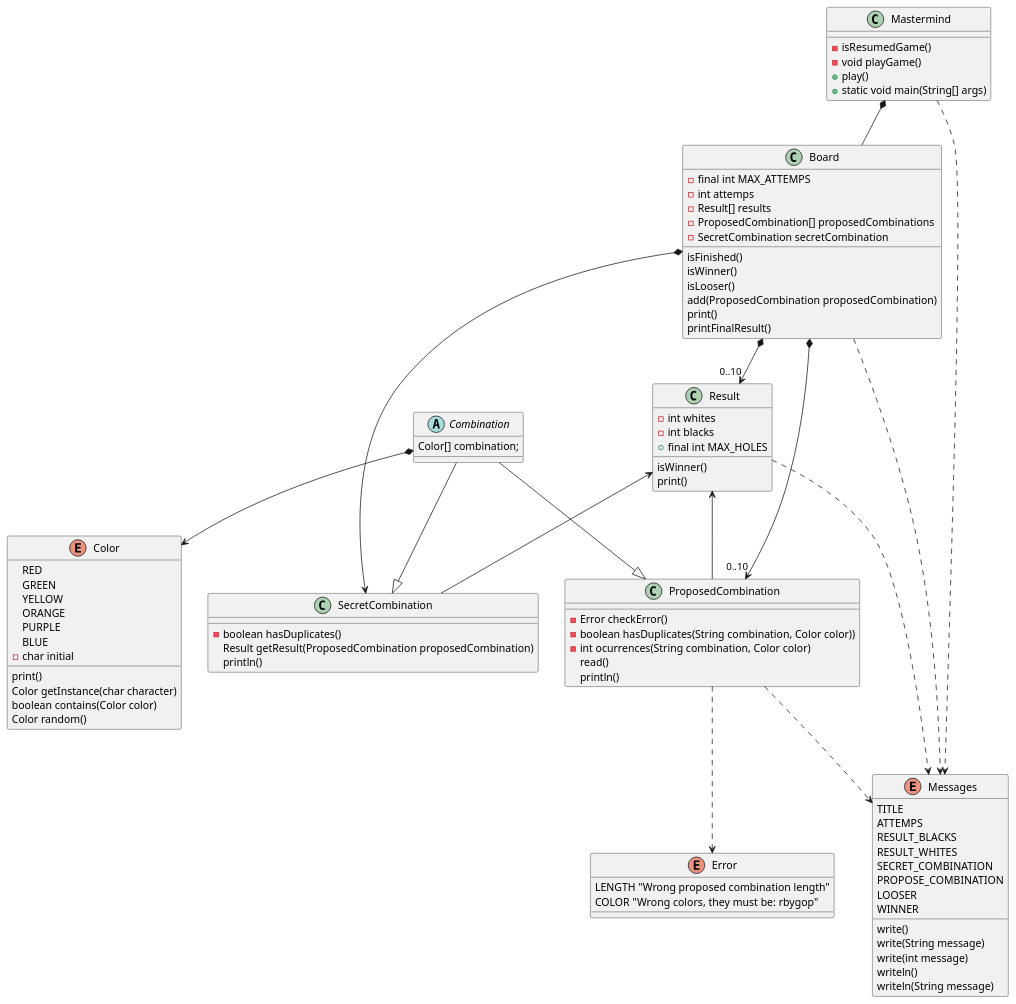
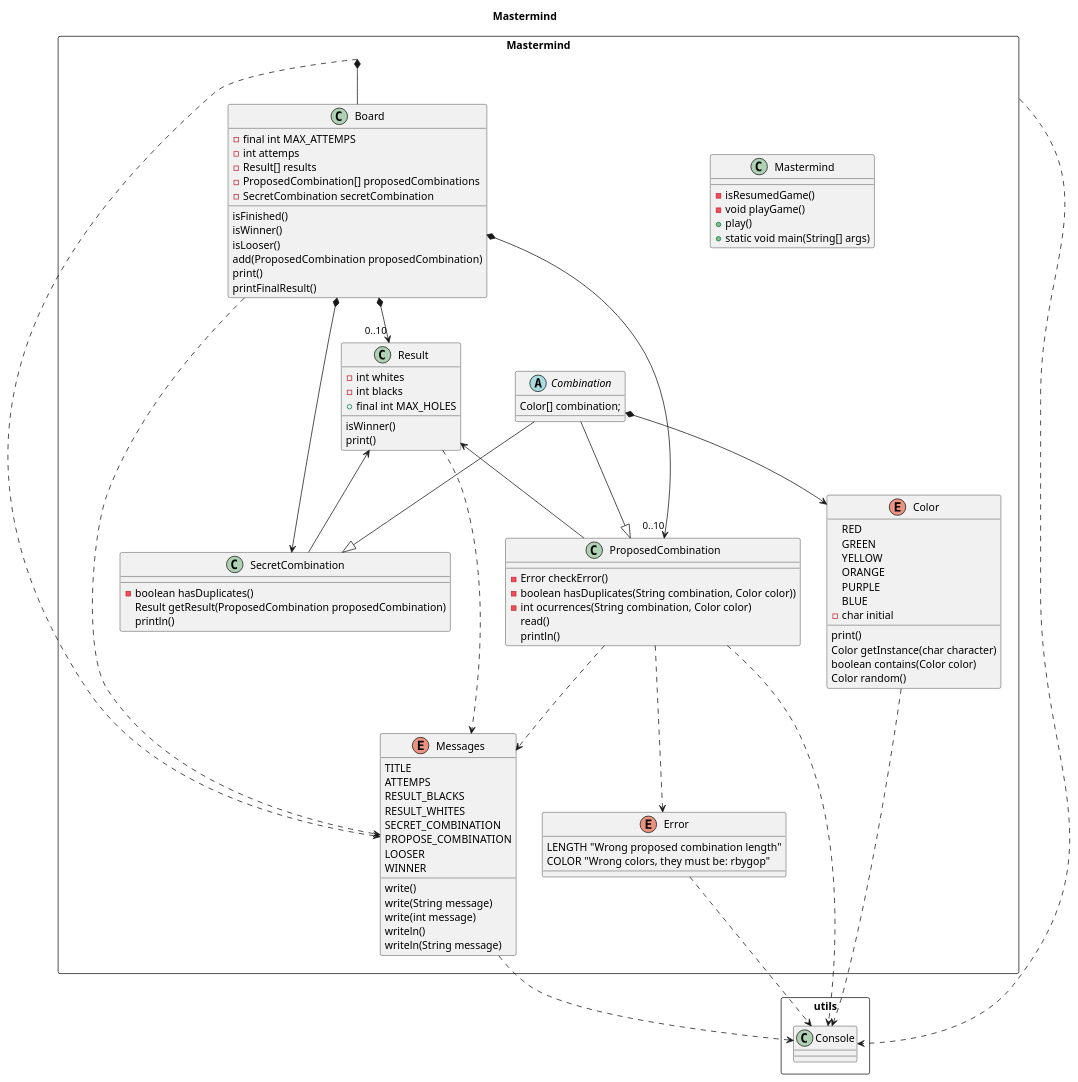
The diagram in docs/clases.puml (ivanzm/java-mastermind), drawn with PlantUML before and after one commit. The commit also changed 1 other file, not shown here.

Commit message:
Update classModel and SecretCombination console

```diff
--- a/docs/clases.puml
+++ b/docs/clases.puml
@@ -1,96 +1,111 @@
 @startuml
 
-class Mastermind {
-    - isResumedGame()
-    - void playGame()
-    + play()
-    + static void main(String[] args)
+title Mastermind
+
+package Mastermind <<Rectangle>> {
+
+    class Mastermind {
+        - isResumedGame()
+        - void playGame()
+        + play()
+        + static void main(String[] args)
+    }
+
+    class Board {
+        - final int MAX_ATTEMPS
+        - int attemps
+        - Result[] results
+        - ProposedCombination[] proposedCombinations
+        - SecretCombination secretCombination
+        isFinished()
+        isWinner()
+        isLooser()
+        add(ProposedCombination proposedCombination)
+        print()
+        printFinalResult()
+    }
+
+    abstract class Combination {
+        Color[] combination;
+    }
+
+    class SecretCombination {
+        - boolean hasDuplicates()
+        Result getResult(ProposedCombination proposedCombination)
+        println()
+    }
+
+    class ProposedCombination {
+        - Error checkError()
+        - boolean hasDuplicates(String combination, Color color))
+        - int ocurrences(String combination, Color color)
+        read()
+        println()
+    }
+    class Result {
+        - int whites
+        - int blacks
+        + final int MAX_HOLES
+        isWinner()
+        print()
+    }
+    enum Messages{
+        TITLE
+        ATTEMPS
+        RESULT_BLACKS
+        RESULT_WHITES
+        SECRET_COMBINATION
+        PROPOSE_COMBINATION
+        LOOSER
+        WINNER
+        write()
+        write(String message)
+        write(int message)
+        writeln()
+        writeln(String message)
+    }
+    enum Color {
+        RED
+        GREEN
+        YELLOW
+        ORANGE
+        PURPLE
+        BLUE
+        - char initial
+        print()
+        Color getInstance(char character)
+        boolean contains(Color color)
+        Color random()
+    }
+    enum Error {
+        LENGTH "Wrong proposed combination length"
+        COLOR "Wrong colors, they must be: rbygop"
+    }
 }
 
-class Board {
-    - final int MAX_ATTEMPS
-    - int attemps
-    - Result[] results
-    - ProposedCombination[] proposedCombinations
-    - SecretCombination secretCombination
-    isFinished()
-    isWinner()
-    isLooser()
-    add(ProposedCombination proposedCombination)
-    print()
-    printFinalResult()
-}
-
-abstract class Combination {
-    Color[] combination;
-}
-
-class SecretCombination {
-    - boolean hasDuplicates()
-    Result getResult(ProposedCombination proposedCombination)
-    println()
-}
-
-class ProposedCombination {
-    - Error checkError()
-    - boolean hasDuplicates(String combination, Color color))
-    - int ocurrences(String combination, Color color)
-    read()
-    println()
-}
-class Result {
-    - int whites
-    - int blacks
-    + final int MAX_HOLES
-    isWinner()
-    print()
-}
-enum Messages{
-    TITLE
-    ATTEMPS
-    RESULT_BLACKS
-    RESULT_WHITES
-    SECRET_COMBINATION
-    PROPOSE_COMBINATION
-    LOOSER
-    WINNER
-    write()
-    write(String message)
-    write(int message)
-    writeln()
-    writeln(String message)
-}
-enum Color {
-    RED
-    GREEN
-    YELLOW
-    ORANGE
-    PURPLE
-    BLUE
-    - char initial
-    print()
-    Color getInstance(char character)
-    boolean contains(Color color)
-    Color random()
-}
-enum Error {
-    LENGTH "Wrong proposed combination length"
-    COLOR "Wrong colors, they must be: rbygop"
+package utils <<Rectangle>> {
+    class Console
 }
 
 Mastermind *-- Board
 Board *--> "0..10" Result
 Board *--> "0..10" ProposedCombination
 Board *--> SecretCombination
 Combination --|> SecretCombination
 Combination --|> ProposedCombination
 Result <-- SecretCombination
 Result <-- ProposedCombination
 ProposedCombination ..> Error
 Combination *--> Color
 Mastermind ..> Messages
 Board ..> Messages
 Result ..> Messages
 ProposedCombination ..> Messages
 
+Mastermind ..> Console
+Color ..> Console
+Error ..> Console
+Messages ..> Console
+ProposedCombination ..> Console
+
 @enduml
```
